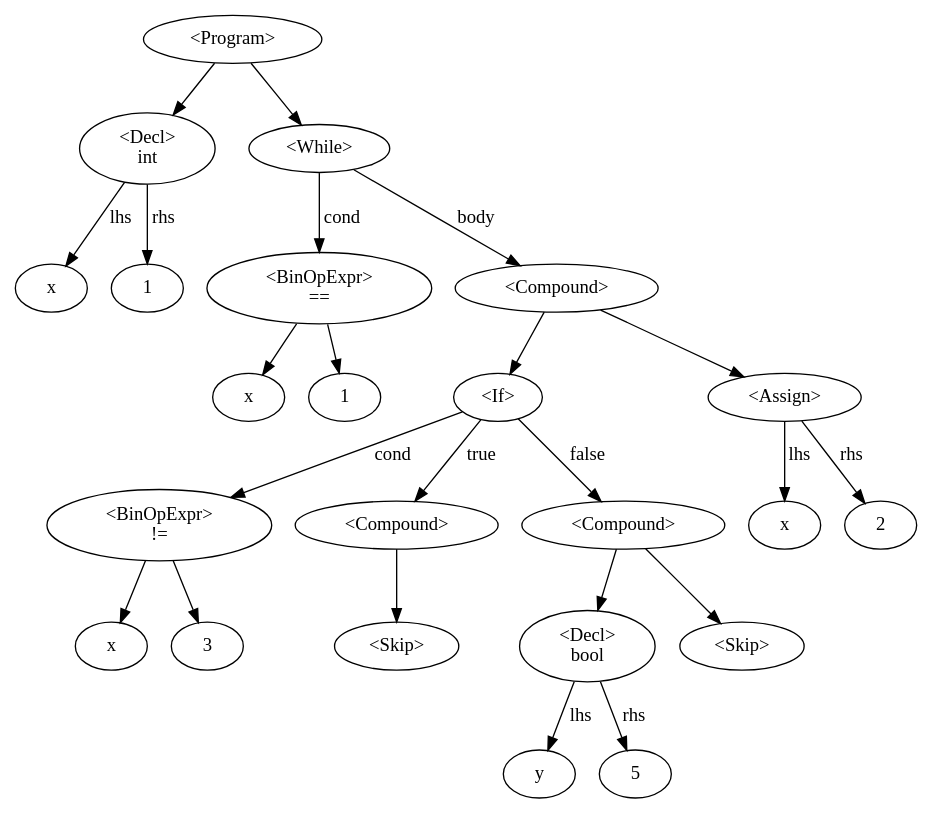
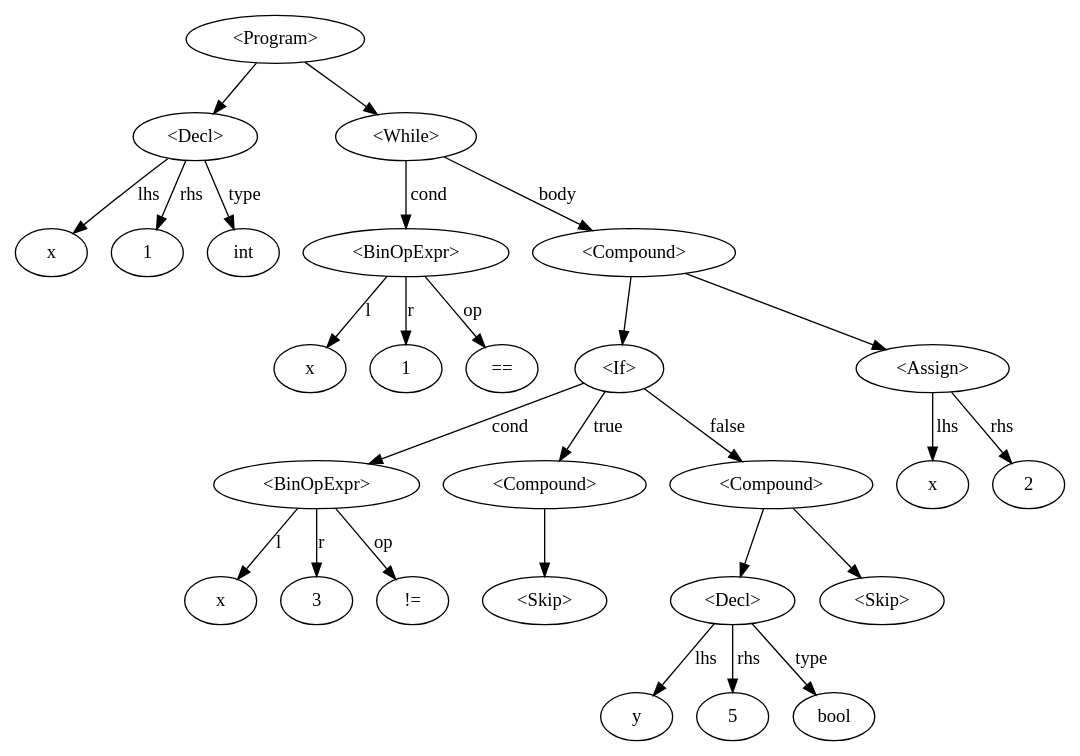
The diagram in ast.dot (timll/while-analysis), drawn with Graphviz before and after one commit. The commit also changed 8 other files, not shown here.

```diff
--- a/ast.dot
+++ b/ast.dot
@@ -1,51 +1,55 @@
 digraph {
-n8174256[label="x"]
-n8174560[label="1"]
-n8174368[label="<Decl>
-int"]
-n8174736[label="x"]
-n8174800[label="1"]
-n8174832[label="<BinOpExpr>
-=="]
-n8174976[label="x"]
-n8175040[label="3"]
-n8175072[label="<BinOpExpr>
-!="]
-n8175184[label="<Skip>"]
-n8175152[label="<Compound>"]
-n8175376[label="y"]
-n8175440[label="5"]
-n8174416[label="<Decl>
-bool"]
-n8175536[label="<Skip>"]
-n8175312[label="<Compound>"]
-n8174464[label="<If>"]
-n8175632[label="x"]
-n8175792[label="2"]
-n8175824[label="<Assign>"]
-n8174912[label="<Compound>"]
-n8175600[label="<While>"]
-n8174064[label="<Program>"]
-n8174368->n8174256[label="lhs"]
-n8174368->n8174560[label="rhs"]
-n8174832->n8174736[label=""]
-n8174832->n8174800[label=""]
-n8175072->n8174976[label=""]
-n8175072->n8175040[label=""]
-n8175152->n8175184[label=""]
-n8174416->n8175376[label="lhs"]
-n8174416->n8175440[label="rhs"]
-n8175312->n8174416[label=""]
-n8175312->n8175536[label=""]
-n8174464->n8175072[label="cond"]
-n8174464->n8175152[label="true"]
-n8174464->n8175312[label="false"]
-n8175824->n8175632[label="lhs"]
-n8175824->n8175792[label="rhs"]
-n8174912->n8174464[label=""]
-n8174912->n8175824[label=""]
-n8175600->n8174832[label="cond"]
-n8175600->n8174912[label="body"]
-n8174064->n8174368[label=""]
-n8174064->n8175600[label=""]
+n17296048[label="x"]
+n17296352[label="1"]
+n17296160[label="<Decl>"]
+n17296160type[label="int"]
+n17296528[label="x"]
+n17296592[label="1"]
+n17296624[label="<BinOpExpr>"]
+n17296624op[label="=="]
+n17296768[label="x"]
+n17296832[label="3"]
+n17296864[label="<BinOpExpr>"]
+n17296864op[label="!="]
+n17296976[label="<Skip>"]
+n17296944[label="<Compound>"]
+n17297168[label="y"]
+n17297232[label="5"]
+n17296208[label="<Decl>"]
+n17296208type[label="bool"]
+n17297328[label="<Skip>"]
+n17297104[label="<Compound>"]
+n17296256[label="<If>"]
+n17297424[label="x"]
+n17297584[label="2"]
+n17297616[label="<Assign>"]
+n17296704[label="<Compound>"]
+n17297392[label="<While>"]
+n17295856[label="<Program>"]
+n17296160->n17296048[label="lhs"]
+n17296160->n17296352[label="rhs"]
+n17296160->n17296160type[label="type"]
+n17296624->n17296528[label="l"]
+n17296624->n17296624op[label="op"]
+n17296624->n17296592[label="r"]
+n17296864->n17296768[label="l"]
+n17296864->n17296864op[label="op"]
+n17296864->n17296832[label="r"]
+n17296944->n17296976[label=""]
+n17296208->n17297168[label="lhs"]
+n17296208->n17297232[label="rhs"]
+n17296208->n17296208type[label="type"]
+n17297104->n17296208[label=""]
+n17297104->n17297328[label=""]
+n17296256->n17296864[label="cond"]
+n17296256->n17296944[label="true"]
+n17296256->n17297104[label="false"]
+n17297616->n17297424[label="lhs"]
+n17297616->n17297584[label="rhs"]
+n17296704->n17296256[label=""]
+n17296704->n17297616[label=""]
+n17297392->n17296624[label="cond"]
+n17297392->n17296704[label="body"]
+n17295856->n17296160[label=""]
+n17295856->n17297392[label=""]
 }
```
